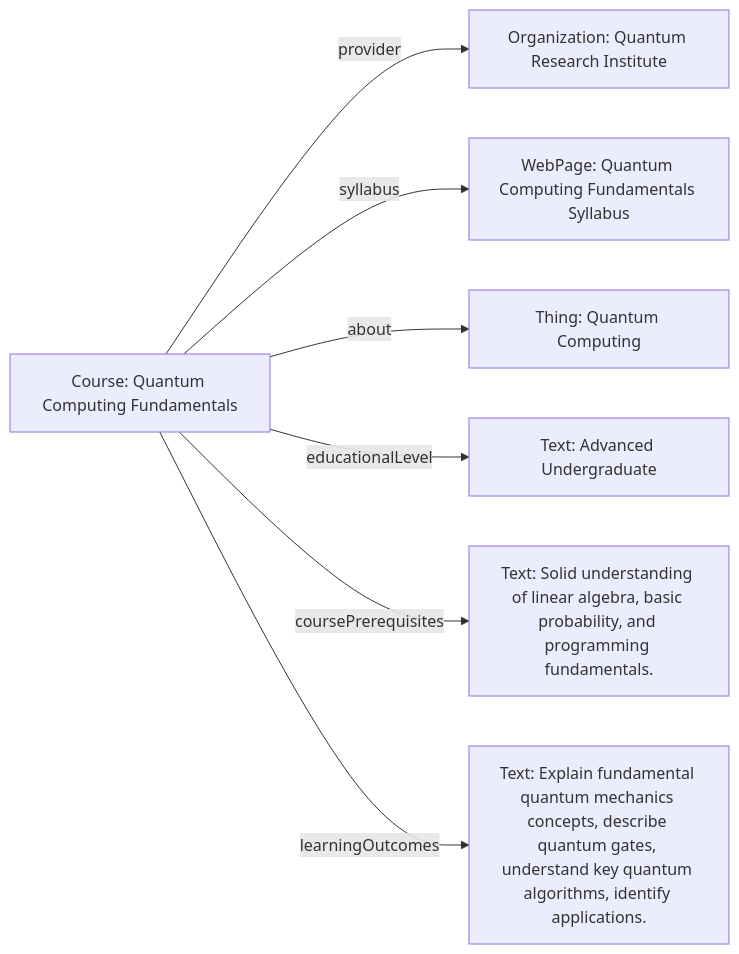
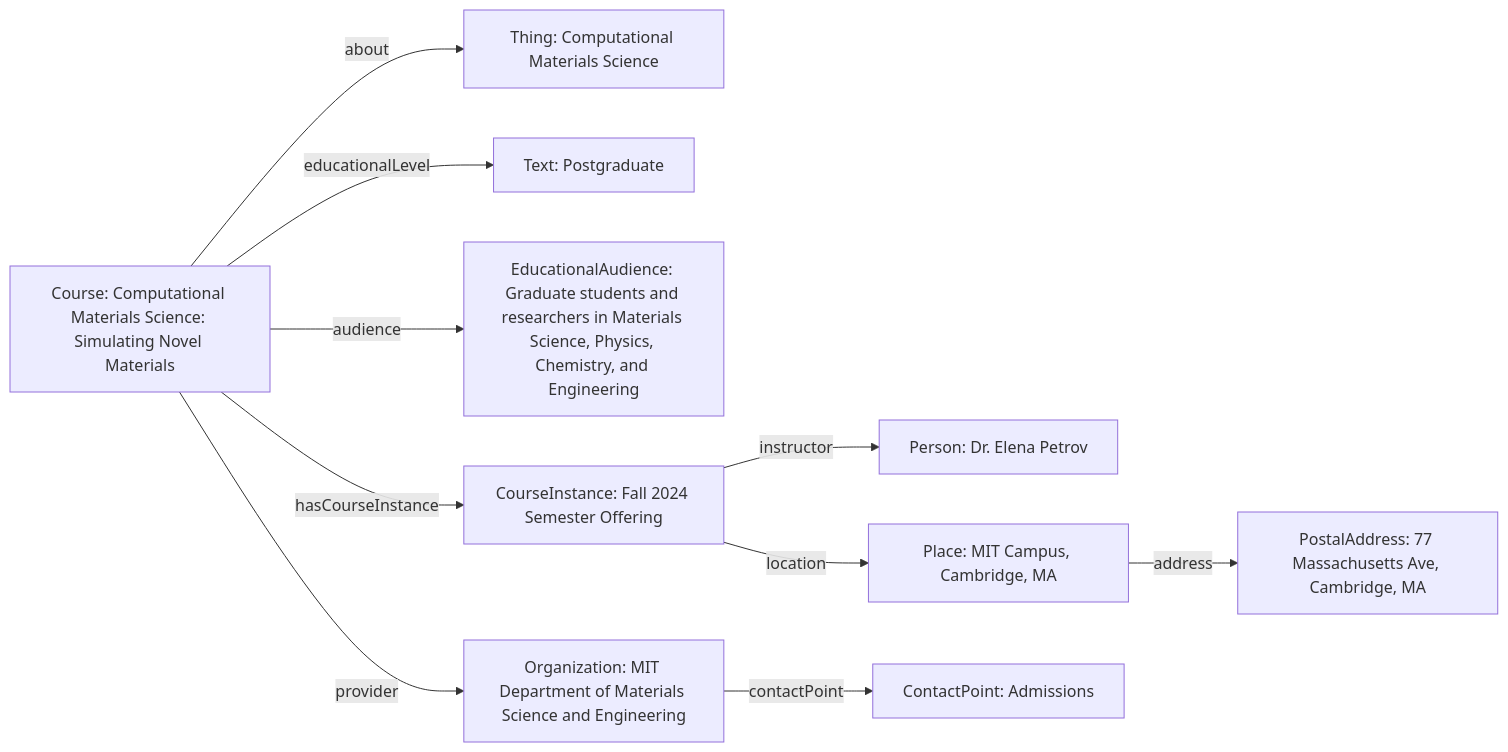
Before and after one commit to schemas-science/schemas-science.github.io: the diagram in docs/guidance/Course.md, drawn with Mermaid. The commit also changed other lines of this file and 15 other files, not shown here.

````diff
--- a/docs/guidance/Course.md
+++ b/docs/guidance/Course.md
@@ -55,17 +73,25 @@
 ```mermaid
 graph LR
-Course_QCFundamentals["Course: Quantum Computing Fundamentals"]
-Organization_QRI["Organization: Quantum Research Institute"]
-WebPage_Syllabus["WebPage: Quantum Computing Fundamentals Syllabus"]
-Thing_QuantumComputing["Thing: Quantum Computing"]
-Text_EduLevel["Text: Advanced Undergraduate"]
-Text_Prerequisites["Text: Solid understanding of linear algebra, basic probability, and programming fundamentals."]
-Text_LearningOutcomes["Text: Explain fundamental quantum mechanics concepts, describe quantum gates, understand key quantum algorithms, identify applications."]
+Course_CMS["Course: Computational Materials Science: Simulating Novel Materials"]
+Thing_CMS["Thing: Computational Materials Science"]
+Text_Postgraduate["Text: Postgraduate"]
+EducationalAudience_GradResearchers["EducationalAudience: Graduate students and researchers in Materials Science, Physics, Chemistry, and Engineering"]
+Organization_MITDMSE["Organization: MIT Department of Materials Science and Engineering"]
+CourseInstance_Fall2024["CourseInstance: Fall 2024 Semester Offering"]
+Person_ElenaPetrov["Person: Dr. Elena Petrov"]
+Place_MITCampus["Place: MIT Campus, Cambridge, MA"]
+ContactPoint_Admissions["ContactPoint: Admissions"]
+PostalAddress_MIT["PostalAddress: 77 Massachusetts Ave, Cambridge, MA"]
 
-Course_QCFundamentals -->|provider| Organization_QRI
-Course_QCFundamentals -->|syllabus| WebPage_Syllabus
-Course_QCFundamentals -->|about| Thing_QuantumComputing
-Course_QCFundamentals -->|educationalLevel| Text_EduLevel
-Course_QCFundamentals -->|coursePrerequisites| Text_Prerequisites
-Course_QCFundamentals -->|learningOutcomes| Text_LearningOutcomes
+Course_CMS -->|about| Thing_CMS
+Course_CMS -->|audience| EducationalAudience_GradResearchers
+Course_CMS -->|educationalLevel| Text_Postgraduate
+Course_CMS -->|provider| Organization_MITDMSE
+Course_CMS -->|hasCourseInstance| CourseInstance_Fall2024
+
+Organization_MITDMSE -->|contactPoint| ContactPoint_Admissions
+
+CourseInstance_Fall2024 -->|instructor| Person_ElenaPetrov
+CourseInstance_Fall2024 -->|location| Place_MITCampus
+Place_MITCampus -->|address| PostalAddress_MIT
 ```
````
